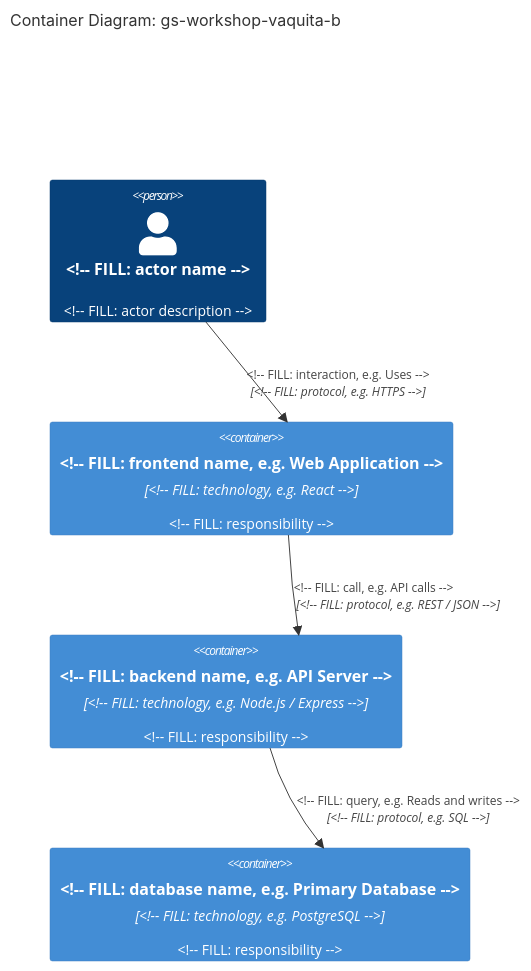
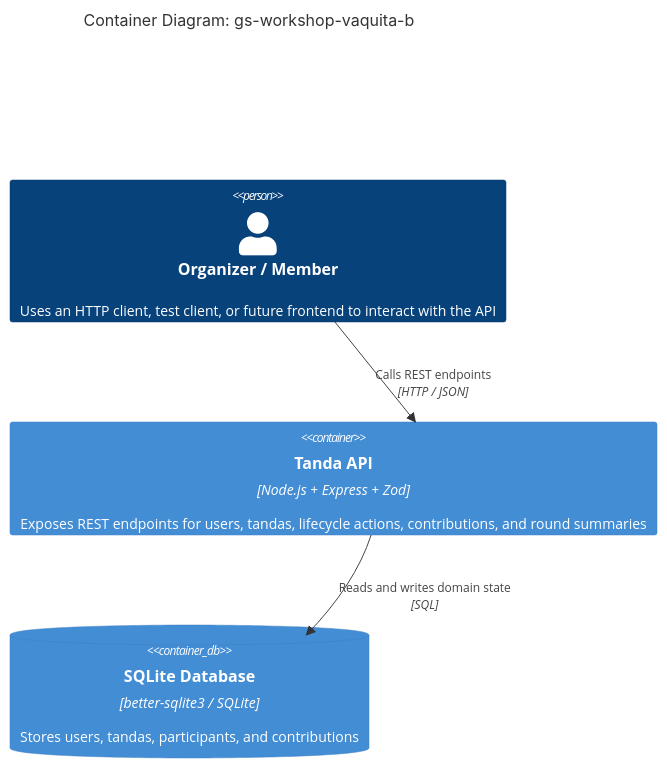
The diagram in docs/diagrams/c4-container.md (jghiringhelli/gs-workshop-vaquita), drawn with Mermaid before and after one commit. The commit also changed other lines of this file and 6 other files, not shown here.

````diff
--- a/docs/diagrams/c4-container.md
+++ b/docs/diagrams/c4-container.md
@@ -5,14 +3,12 @@
 ```mermaid
 C4Container
     title Container Diagram: gs-workshop-vaquita-b
 
-    Person(user, "<!-- FILL: actor name -->", "<!-- FILL: actor description -->")
+    Person(user, "Organizer / Member", "Uses an HTTP client, test client, or future frontend to interact with the API")
 
-    Container(web, "<!-- FILL: frontend name, e.g. Web Application -->", "<!-- FILL: technology, e.g. React -->", "<!-- FILL: responsibility -->")
-    Container(api, "<!-- FILL: backend name, e.g. API Server -->", "<!-- FILL: technology, e.g. Node.js / Express -->", "<!-- FILL: responsibility -->")
-    Container(db, "<!-- FILL: database name, e.g. Primary Database -->", "<!-- FILL: technology, e.g. PostgreSQL -->", "<!-- FILL: responsibility -->")
+    Container(api, "Tanda API", "Node.js + Express + Zod", "Exposes REST endpoints for users, tandas, lifecycle actions, contributions, and round summaries")
+    ContainerDb(db, "SQLite Database", "better-sqlite3 / SQLite", "Stores users, tandas, participants, and contributions")
 
-    Rel(user, web, "<!-- FILL: interaction, e.g. Uses -->", "<!-- FILL: protocol, e.g. HTTPS -->")
-    Rel(web, api, "<!-- FILL: call, e.g. API calls -->", "<!-- FILL: protocol, e.g. REST / JSON -->")
-    Rel(api, db, "<!-- FILL: query, e.g. Reads and writes -->", "<!-- FILL: protocol, e.g. SQL -->")
+    Rel(user, api, "Calls REST endpoints", "HTTP / JSON")
+    Rel(api, db, "Reads and writes domain state", "SQL")
 ```
````
